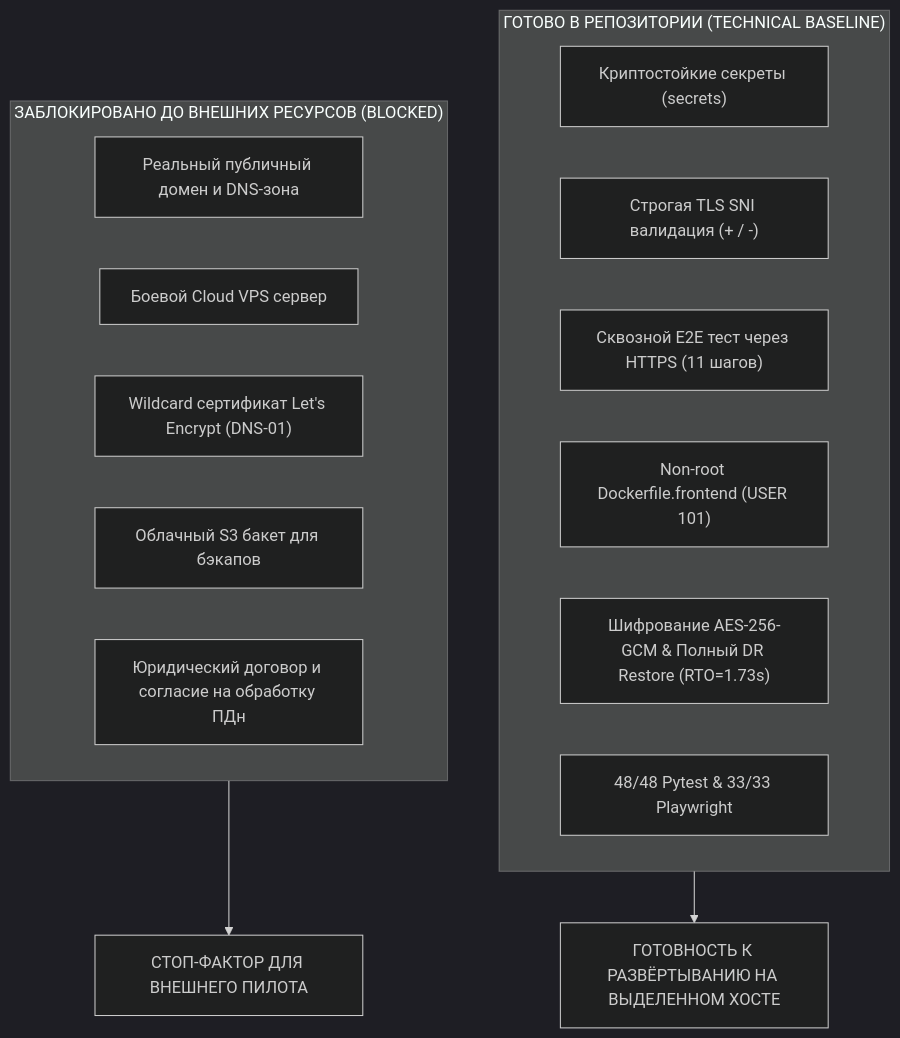
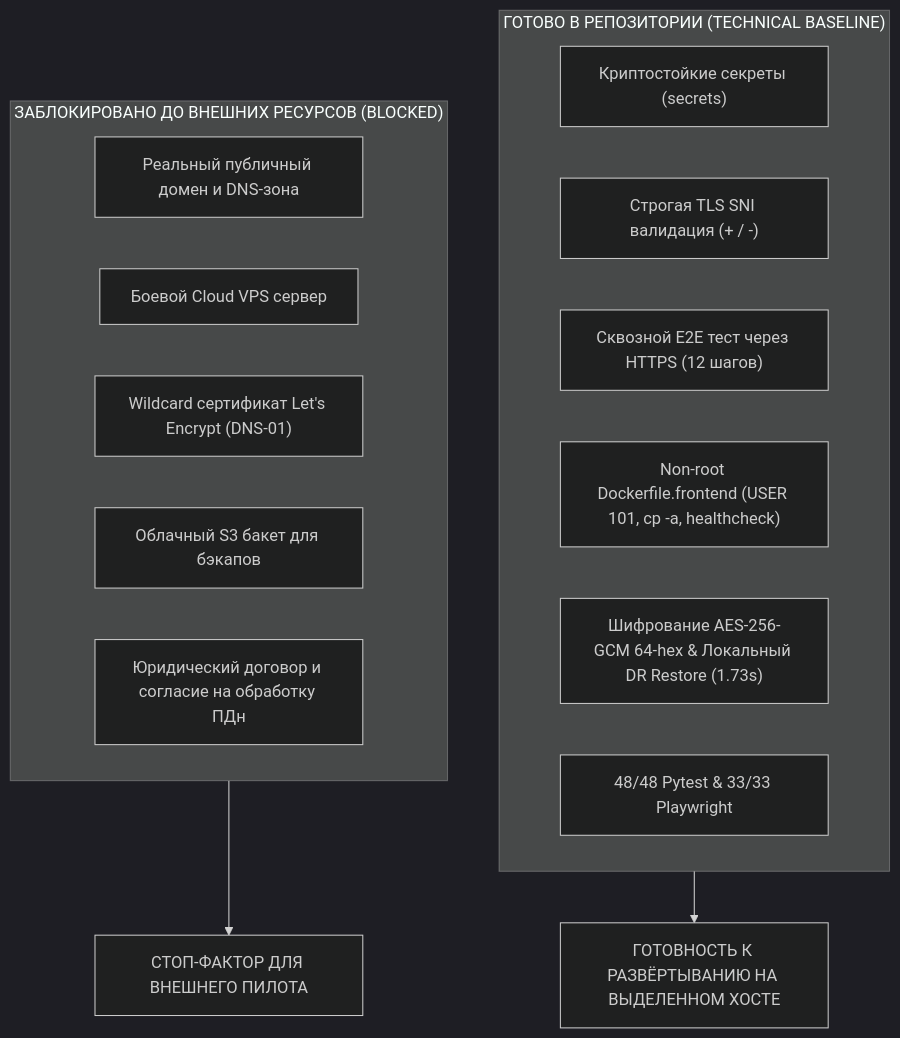
One commit to TryHanger/crm changed the diagram in PILOT_OPERATIONAL_READINESS.md. Above: the diagram before and after it, drawn with Mermaid (dark theme). The commit also changed other lines of this file and 11 other files, not shown here.

````diff
--- a/PILOT_OPERATIONAL_READINESS.md
+++ b/PILOT_OPERATIONAL_READINESS.md
@@ -76,22 +74,22 @@
 ```mermaid
 flowchart TD
     subgraph READY["ГОТОВО В РЕПОЗИТОРИИ (TECHNICAL BASELINE)"]
         A["Криптостойкие секреты (secrets)"]
         B["Строгая TLS SNI валидация (+ / -)"]
-        C["Сквозной E2E тест через HTTPS (11 шагов)"]
-        D["Non-root Dockerfile.frontend (USER 101)"]
-        E["Шифрование AES-256-GCM & Полный DR Restore (RTO=1.73s)"]
+        C["Сквозной E2E тест через HTTPS (12 шагов)"]
+        D["Non-root Dockerfile.frontend (USER 101, cp -a, healthcheck)"]
+        E["Шифрование AES-256-GCM 64-hex & Локальный DR Restore (1.73s)"]
         F["48/48 Pytest & 33/33 Playwright"]
     end
 
     subgraph BLOCKED["ЗАБЛОКИРОВАНО ДО ВНЕШНИХ РЕСУРСОВ (BLOCKED)"]
         G["Реальный публичный домен и DNS-зона"]
         H["Боевой Cloud VPS сервер"]
         I["Wildcard сертификат Let's Encrypt (DNS-01)"]
         J["Облачный S3 бакет для бэкапов"]
         K["Юридический договор и согласие на обработку ПДн"]
     end
 
     READY --> L["ГОТОВНОСТЬ К РАЗВЁРТЫВАНИЮ НА ВЫДЕЛЕННОМ ХОСТЕ"]
     BLOCKED --> M["СТОП-ФАКТОР ДЛЯ ВНЕШНЕГО ПИЛОТА"]
 ```
````
